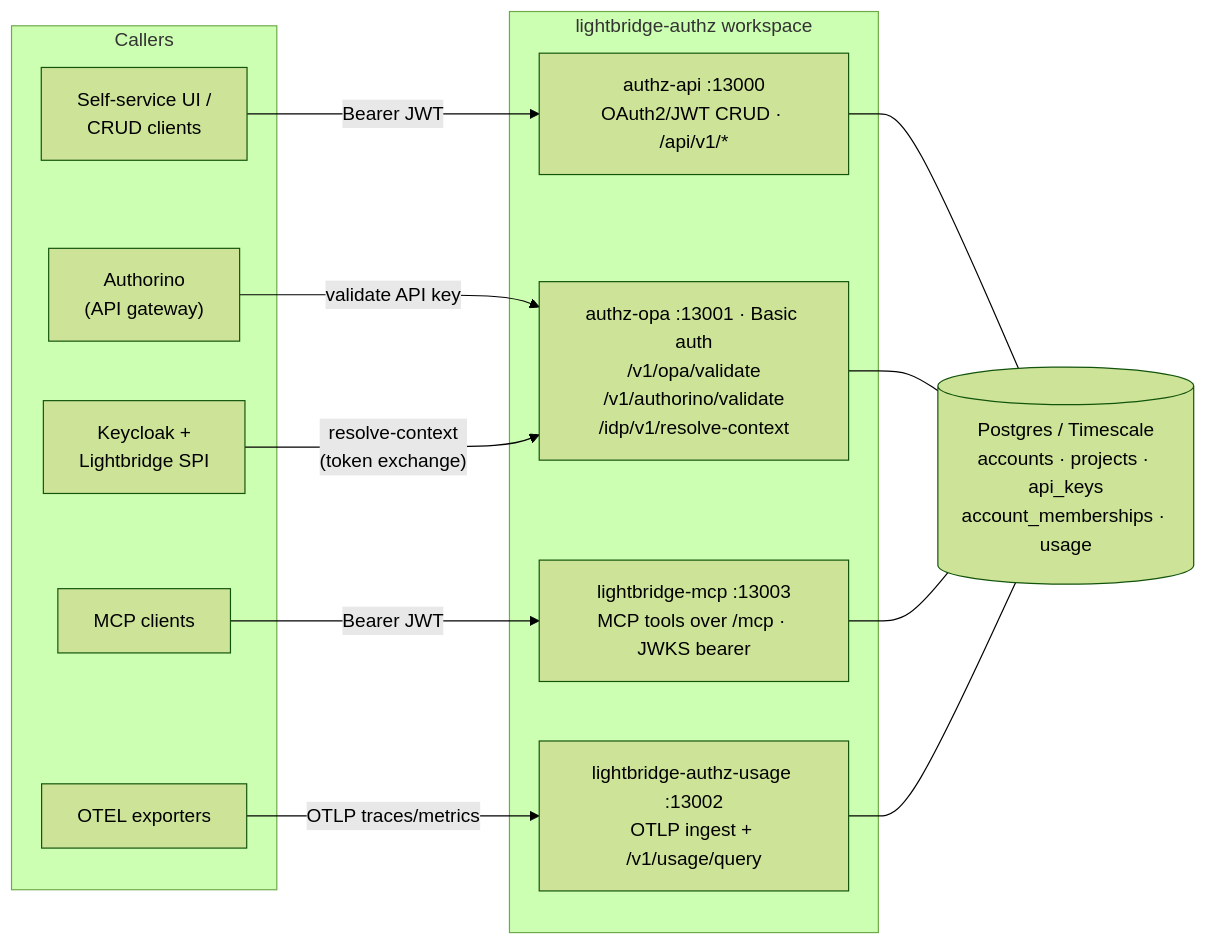
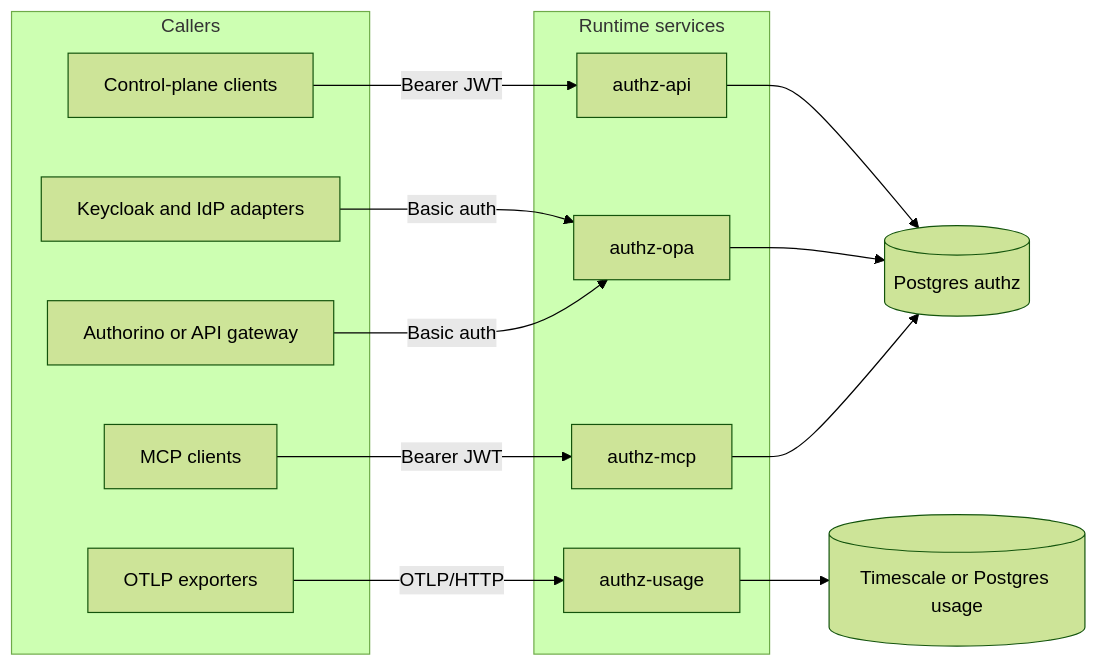
The first of 5 diagrams in docs/architecture.md (ADORSYS-GIS/lightbridge-authz), drawn with Mermaid (forest theme) before and after one commit. The commit also changed other lines of this file and 1 other file, not shown here.

Commit message:
docs: map architecture and propose workspace consolidation

````diff
--- a/docs/architecture.md
+++ b/docs/architecture.md
@@ -14,30 +18,31 @@
 ```mermaid
 flowchart LR
-    subgraph callers["Callers"]
-        UI["Self-service UI /<br/>CRUD clients"]
-        KC["Keycloak +<br/>Lightbridge SPI"]
-        AZ["Authorino<br/>(API gateway)"]
-        MC["MCP clients"]
-        OT["OTEL exporters"]
+    subgraph callers[Callers]
+        UI[Control-plane clients]
+        IdP[Keycloak and IdP adapters]
+        Gateway[Authorino or API gateway]
+        McpClient[MCP clients]
+        OTel[OTLP exporters]
     end
 
-    subgraph authz["lightbridge-authz workspace"]
-        API["authz-api :13000<br/>OAuth2/JWT CRUD · /api/v1/*"]
-        OPA["authz-opa :13001 · Basic auth<br/>/v1/opa/validate<br/>/v1/authorino/validate<br/>/idp/v1/resolve-context"]
-        MCP["lightbridge-mcp :13003<br/>MCP tools over /mcp · JWKS bearer"]
-        USG["lightbridge-authz-usage :13002<br/>OTLP ingest + /v1/usage/query"]
+    subgraph services[Runtime services]
+        API[authz-api]
+        OPA[authz-opa]
+        MCP[authz-mcp]
+        Usage[authz-usage]
     end
 
-    DB[("Postgres / Timescale<br/>accounts · projects · api_keys<br/>account_memberships · usage")]
+    AuthzDb[(Postgres authz)]
+    UsageDb[(Timescale or Postgres usage)]
 
-    UI -->|"Bearer JWT"| API
-    MC -->|"Bearer JWT"| MCP
-    AZ -->|"validate API key"| OPA
-    KC -->|"resolve-context<br/>(token exchange)"| OPA
-    OT -->|"OTLP traces/metrics"| USG
+    UI -->|Bearer JWT| API
+    IdP -->|Basic auth| OPA
+    Gateway -->|Basic auth| OPA
+    McpClient -->|Bearer JWT| MCP
+    OTel -->|OTLP/HTTP| Usage
 
-    API --- DB
-    OPA --- DB
-    MCP --- DB
-    USG --- DB
+    API --> AuthzDb
+    OPA --> AuthzDb
+    MCP --> AuthzDb
+    Usage --> UsageDb
 ```
````
